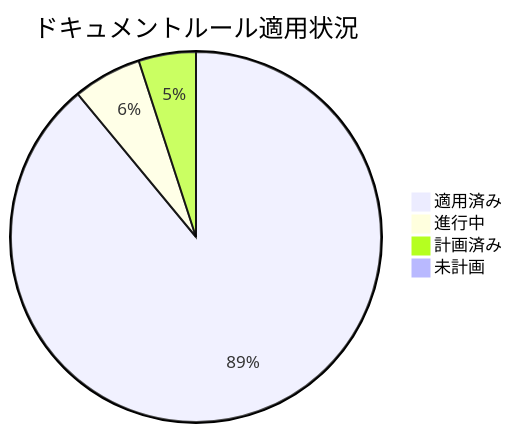
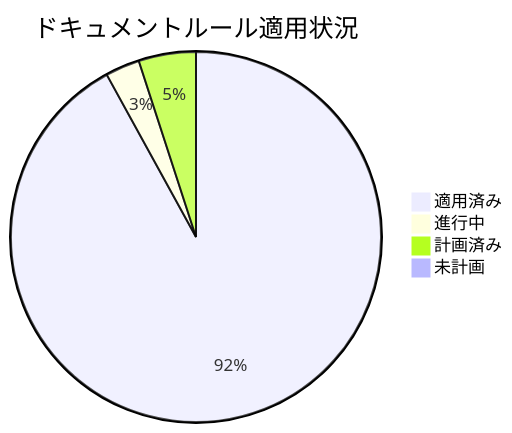
The first of 2 diagrams in docs/PLAN_AND_PROGRESS.md (ToyB0x/git-resume), drawn with Mermaid before and after one commit. The commit also changed other lines of this file and 2 other files, not shown here.

````diff
--- a/docs/PLAN_AND_PROGRESS.md
+++ b/docs/PLAN_AND_PROGRESS.md
@@ -120,7 +122,7 @@
 ```mermaid
 pie title ドキュメントルール適用状況
-    "適用済み" : 89
-    "進行中" : 6
+    "適用済み" : 92
+    "進行中" : 3
     "計画済み" : 5
     "未計画" : 0
 ```
````
